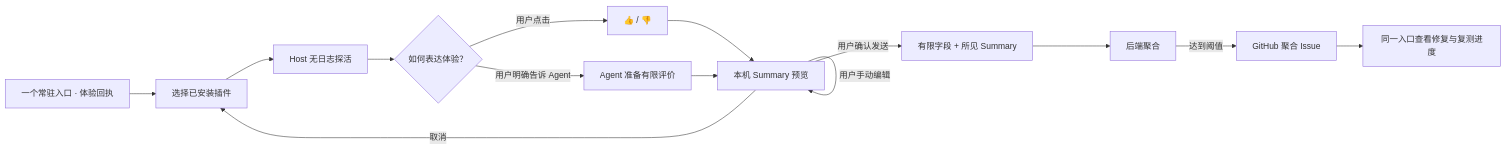
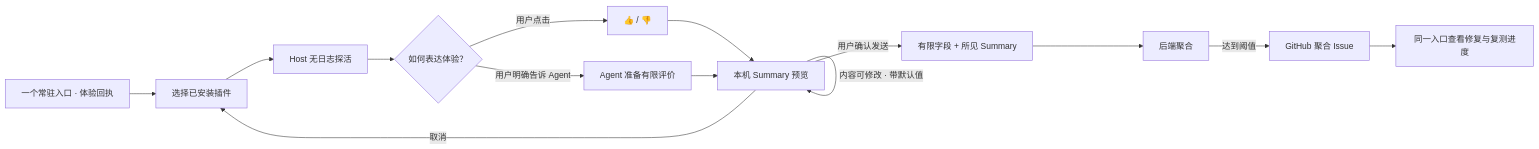
Before and after one commit to omdsh-dev/omdsh-plugin-lab: the diagram in README.md, drawn with Mermaid. The commit also changed other lines of this file and 38 other files, not shown here.

````diff
--- a/README.md
+++ b/README.md
@@ -20,16 +20,16 @@
 ```mermaid
 flowchart LR
   A["一个常驻入口 · 体验回执"] --> B["选择已安装插件"]
   B --> C["Host 无日志探活"]
   C --> D{"如何表达体验？"}
   D -->|"用户点击"| E["👍 / 👎"]
   D -->|"用户明确告诉 Agent"| F["Agent 准备有限评价"]
   E --> G["本机 Summary 预览"]
   F --> G
   G -->|"取消"| B
-  G -->|"用户手动编辑"| G
+  G -->|"内容可修改 · 带默认值"| G
   G -->|"用户确认发送"| H["有限字段 + 所见 Summary"]
   H --> I["后端聚合"]
   I -->|"达到阈值"| J["GitHub 聚合 Issue"]
   J --> K["同一入口查看修复与复测进度"]
 ```
````
